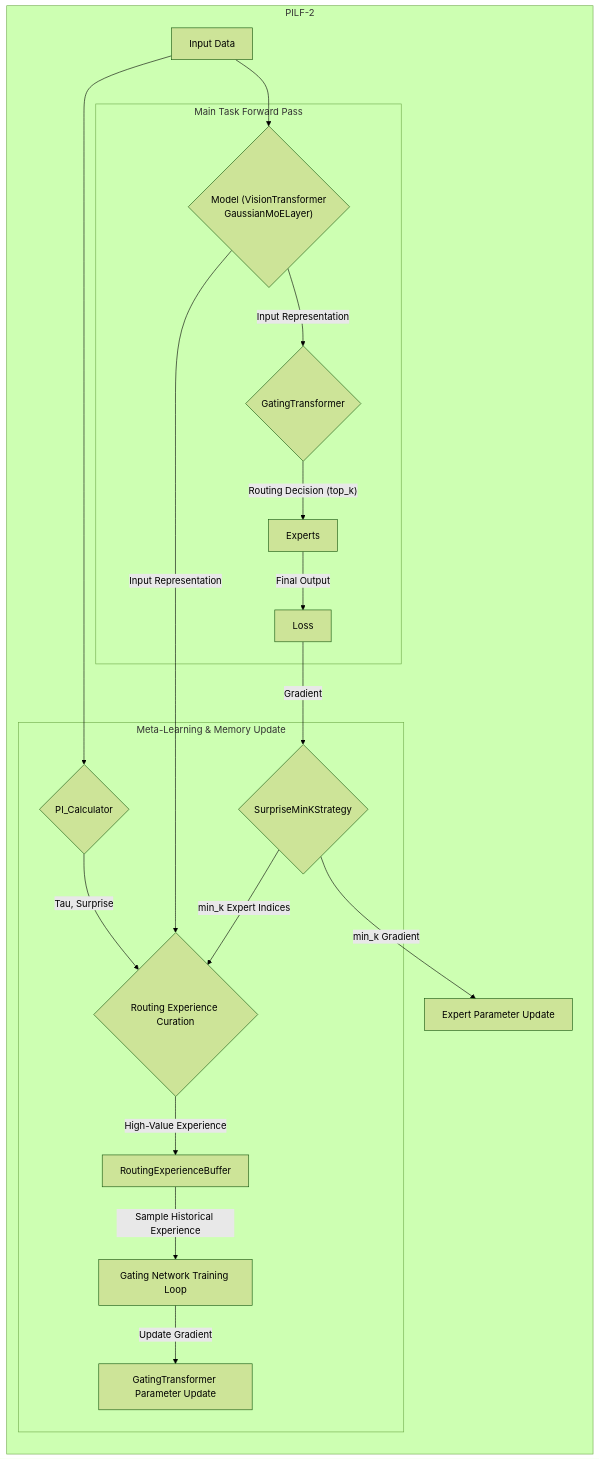
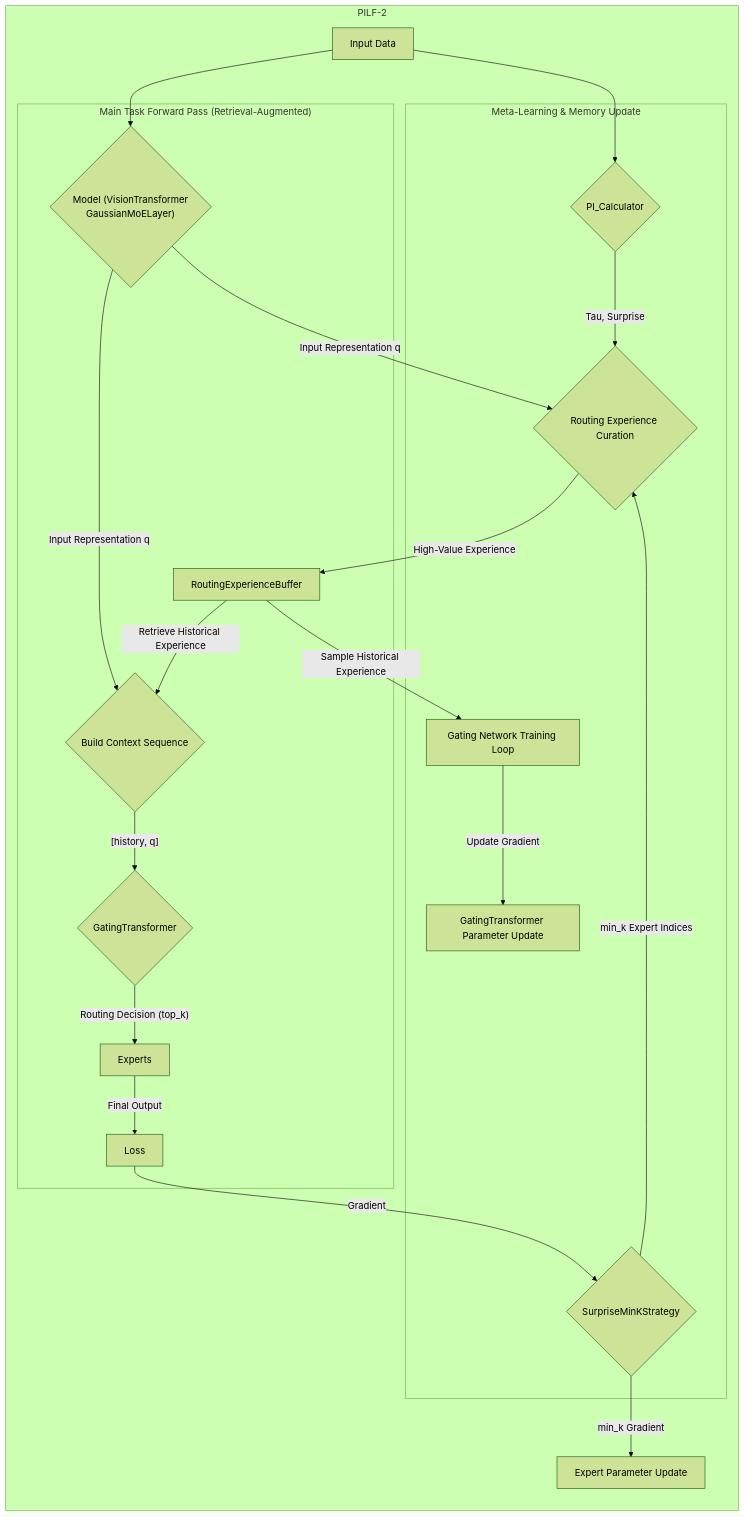
Before and after one commit to anmoa/PILF: the diagram in readme.md, drawn with Mermaid (forest theme). The commit also changed other lines of this file and 34 other files, not shown here.

````diff
--- a/readme.md
+++ b/readme.md
@@ -45,26 +45,28 @@
 ```mermaid
 graph LR
     subgraph "PILF-2"
         A[Input Data] --> B{PI_Calculator};
         A --> E{"Model (VisionTransformer <br> GaussianMoELayer)"};
 
-        subgraph "Main Task Forward Pass"
-            E -- "Input Representation" --> GT{GatingTransformer};
+        subgraph "Main Task Forward Pass (Retrieval-Augmented)"
+            E -- "Input Representation q" --> BuildContext{"Build Context Sequence"};
+            REB -- "Retrieve Historical Experience" --> BuildContext;
+            BuildContext -- "[history, q]" --> GT{GatingTransformer};
             GT -- "Routing Decision (top_k)" --> Experts;
             Experts -- "Final Output" --> Loss;
         end
 
         Loss -- "Gradient" --> SMK{SurpriseMinKStrategy};
         SMK -- "min_k Gradient" --> Experts_Update[Expert Parameter Update];
 
         subgraph "Meta-Learning & Memory Update"
             B -- "Tau, Surprise" --> Curation{Routing Experience Curation};
-            E -- "Input Representation" --> Curation;
+            E -- "Input Representation q" --> Curation;
             SMK -- "min_k Expert Indices" --> Curation;
             Curation -- "High-Value Experience" --> REB[RoutingExperienceBuffer];
 
             REB -- "Sample Historical Experience" --> GT_Train[Gating Network Training Loop];
             GT_Train -- "Update Gradient" --> GT_Update[GatingTransformer Parameter Update];
         end
     end
 ```
````
